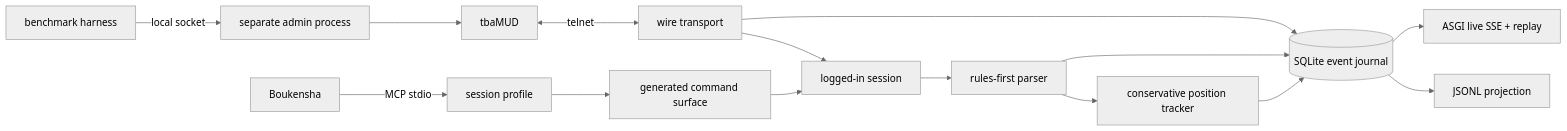
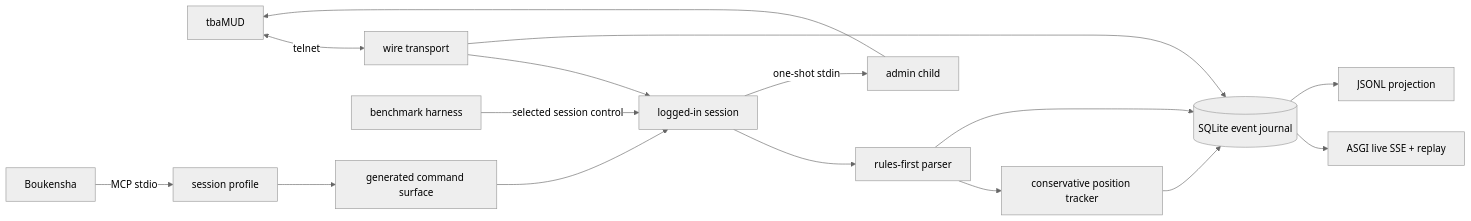
The first of 2 diagrams in week2_capable/gateway/README.md (IbnouT/claude-code-camp-2026-Q2), drawn with Mermaid (neutral theme) before and after one commit. The commit also changed other lines of this file and 36 other files, not shown here.

````diff
--- a/week2_capable/gateway/README.md
+++ b/week2_capable/gateway/README.md
@@ -7,17 +7,18 @@
 ```mermaid
 flowchart LR
     G["tbaMUD"] <-- telnet --> W["wire transport"]
     W --> S["logged-in session"]
     W --> J[("SQLite event journal")]
     S --> O["rules-first parser"]
     O --> T["conservative position tracker"]
     O --> J
     T --> J
     J --> V["ASGI live SSE + replay"]
     J --> X["JSONL projection"]
     A["Boukensha"] -- MCP stdio --> P["session profile"]
     P --> M["generated command surface"]
     M --> S
-    B["benchmark harness"] -- local socket --> R["separate admin process"]
+    B["benchmark harness"] -- selected session control --> S
+    S -- one-shot stdin --> R["admin child"]
     R --> G
 ```
````
